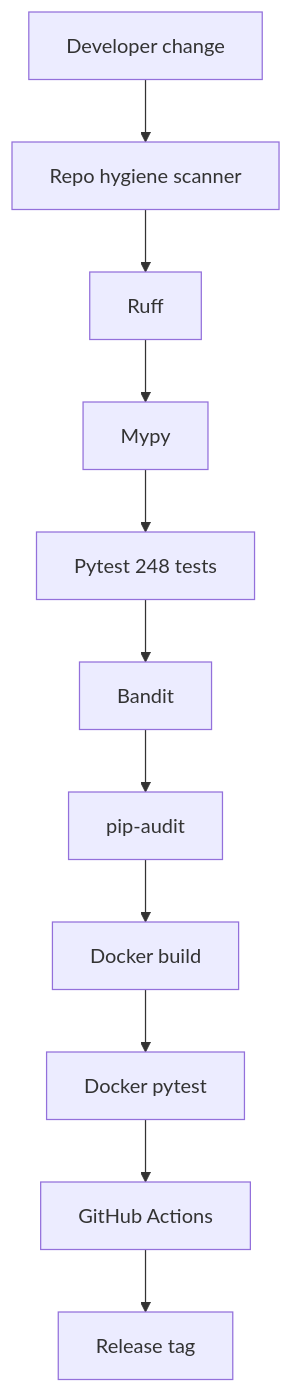
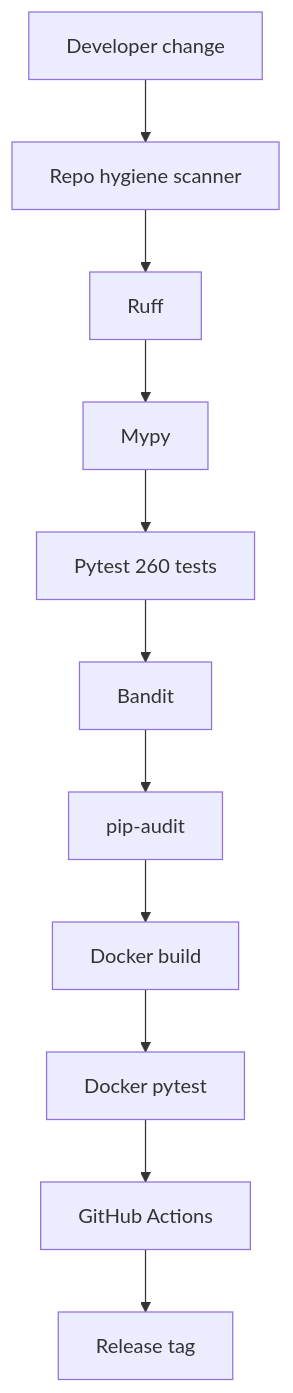
The fourth of 5 diagrams in docs/architecture.md (codethor0/llm-agent-control-plane-lab), drawn with Mermaid before and after one commit. The commit also changed other lines of this file and 22 other files, not shown here.

````diff
--- a/docs/architecture.md
+++ b/docs/architecture.md
@@ -118,16 +119,16 @@
 ```mermaid
 flowchart TD
   ch[Developer change]
   rh[Repo hygiene scanner]
   rf[Ruff]
   my[Mypy]
-  py[Pytest 248 tests]
+  py[Pytest 260 tests]
   bd[Bandit]
   pa[pip-audit]
   dk[Docker build]
   dt[Docker pytest]
   ga[GitHub Actions]
   rel[Release tag]
 
   ch --> rh --> rf --> my --> py --> bd --> pa --> dk --> dt --> ga --> rel
 ```
````
